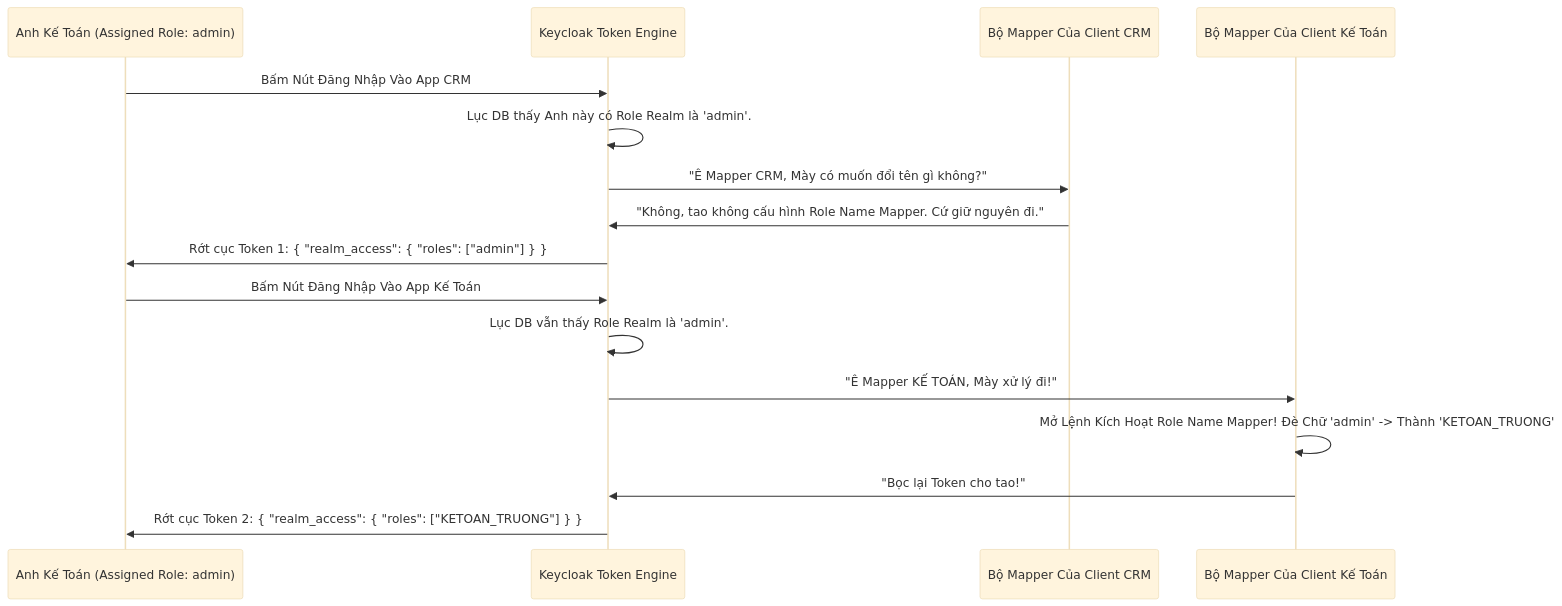
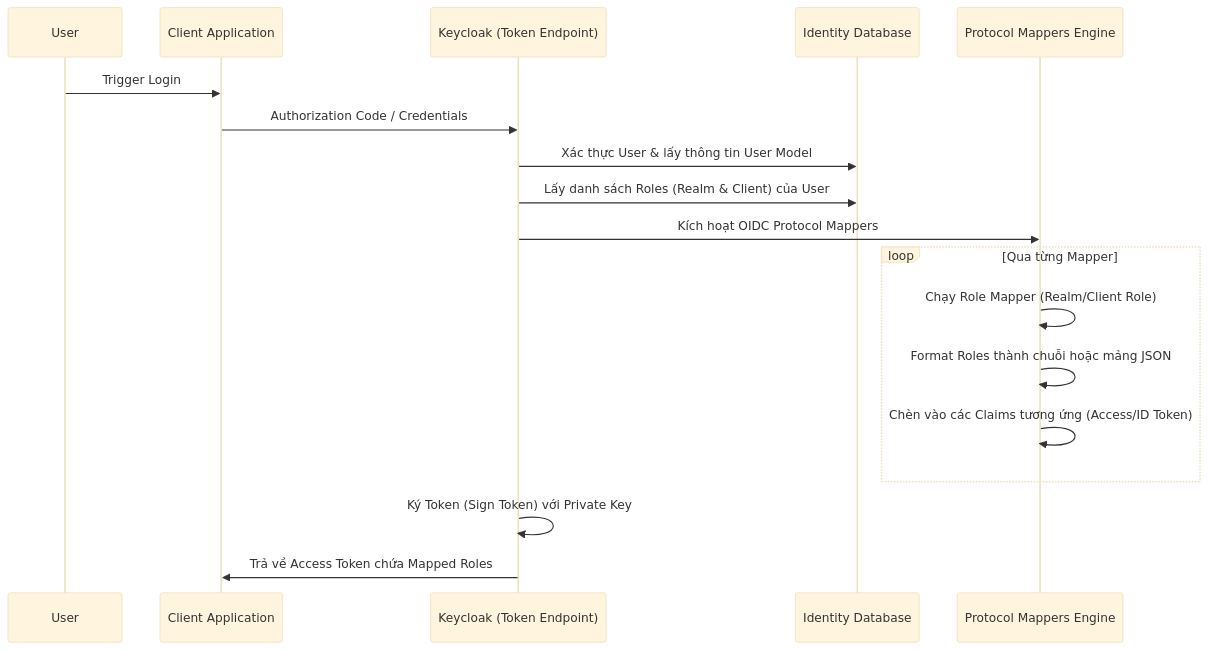
Before and after one commit to Luckyy0/keycloak: the diagram in 29-Advanced-Mappers/Module-1-Concepts/Lesson-1-Role-Mapping.md, drawn with Mermaid (base theme). The commit also changed other lines of this file and 215 other files, not shown here.

````diff
--- a/29-Advanced-Mappers/Module-1-Concepts/Lesson-1-Role-Mapping.md
+++ b/29-Advanced-Mappers/Module-1-Concepts/Lesson-1-Role-Mapping.md
@@ -39,20 +23,21 @@
 ```mermaid
 sequenceDiagram
-    participant User as Anh Kế Toán (Assigned Role: admin)
-    participant KC as Keycloak Token Engine
-    participant CRM_Map as Bộ Mapper Của Client CRM
-    participant KETOAN_Map as Bộ Mapper Của Client Kế Toán
-    
-    User->>KC: Bấm Nút Đăng Nhập Vào App CRM
-    KC->>KC: Lục DB thấy Anh này có Role Realm là 'admin'.
-    KC->>CRM_Map: "Ê Mapper CRM, Mày có muốn đổi tên gì không?"
-    CRM_Map->>KC: "Không, tao không cấu hình Role Name Mapper. Cứ giữ nguyên đi."
-    KC->>User: Rớt cục Token 1: { "realm_access": { "roles": ["admin"] } }
-    
-    User->>KC: Bấm Nút Đăng Nhập Vào App Kế Toán
-    KC->>KC: Lục DB vẫn thấy Role Realm là 'admin'.
-    KC->>KETOAN_Map: "Ê Mapper KẾ TOÁN, Mày xử lý đi!"
-    KETOAN_Map->>KETOAN_Map: Mở Lệnh Kích Hoạt Role Name Mapper! Đè Chữ 'admin' -> Thành 'KETOAN_TRUONG'
-    KETOAN_Map->>KC: "Bọc lại Token cho tao!"
-    KC->>User: Rớt cục Token 2: { "realm_access": { "roles": ["KETOAN_TRUONG"] } }
+    participant User
+    participant ClientApp as Client Application
+    participant KC as Keycloak (Token Endpoint)
+    participant DB as Identity Database
+    participant Mapper as Protocol Mappers Engine
+
+    User->>ClientApp: Trigger Login
+    ClientApp->>KC: Authorization Code / Credentials
+    KC->>DB: Xác thực User & lấy thông tin User Model
+    KC->>DB: Lấy danh sách Roles (Realm & Client) của User
+    KC->>Mapper: Kích hoạt OIDC Protocol Mappers
+    loop Qua từng Mapper
+        Mapper->>Mapper: Chạy Role Mapper (Realm/Client Role)
+        Mapper->>Mapper: Format Roles thành chuỗi hoặc mảng JSON
+        Mapper->>Mapper: Chèn vào các Claims tương ứng (Access/ID Token)
+    end
+    KC->>KC: Ký Token (Sign Token) với Private Key
+    KC->>ClientApp: Trả về Access Token chứa Mapped Roles
 ```
````
